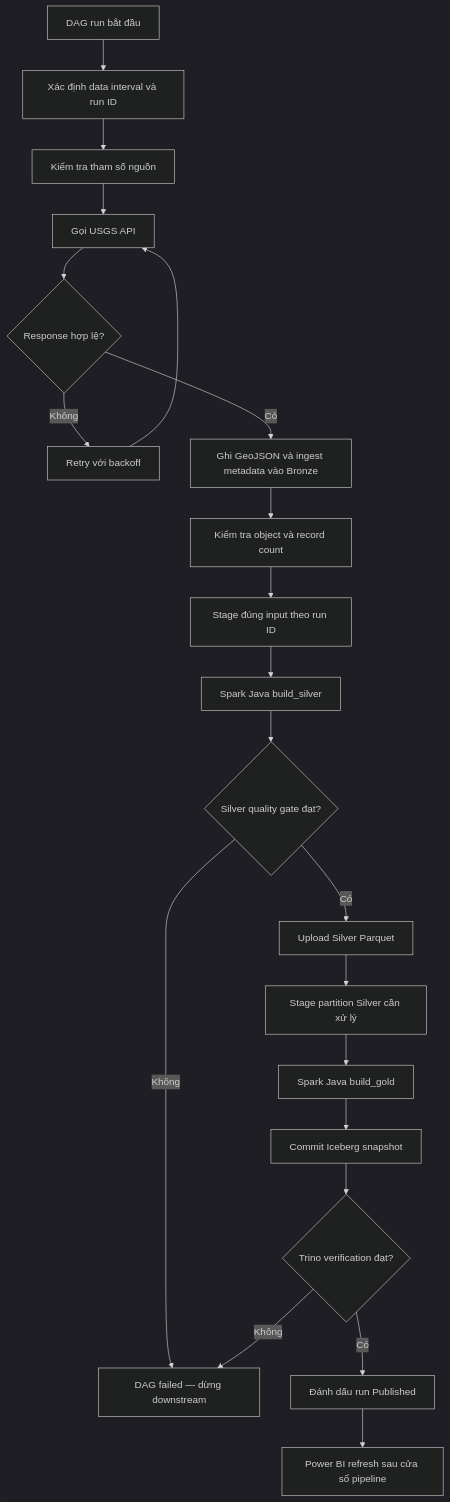
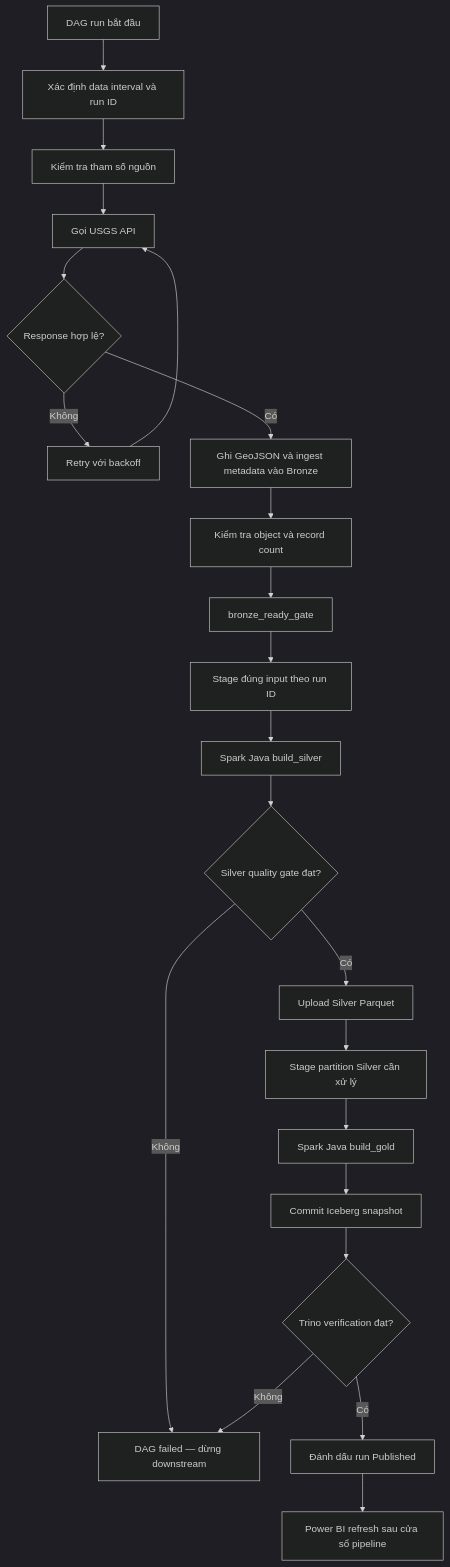
Before and after one commit to HoaiTam/japan-earthquake-etl: the first of 2 diagrams in docs/flows/DAILY_ETL_PIPELINE.md, drawn with Mermaid (dark theme). The commit also changed other lines of this file and 20 other files, not shown here.

````diff
--- a/docs/flows/DAILY_ETL_PIPELINE.md
+++ b/docs/flows/DAILY_ETL_PIPELINE.md
@@ -34,23 +34,24 @@
 ```mermaid
 flowchart TD
     START["DAG run bắt đầu"] --> RESOLVE["Xác định data interval và run ID"]
     RESOLVE --> CHECK_SOURCE["Kiểm tra tham số nguồn"]
     CHECK_SOURCE --> EXTRACT["Gọi USGS API"]
     EXTRACT --> VALIDATE_RESPONSE{"Response hợp lệ?"}
     VALIDATE_RESPONSE -- Không --> RETRY["Retry với backoff"]
     RETRY --> EXTRACT
     VALIDATE_RESPONSE -- Có --> WRITE_BRONZE["Ghi GeoJSON và ingest metadata vào Bronze"]
     WRITE_BRONZE --> VERIFY_BRONZE["Kiểm tra object và record count"]
-    VERIFY_BRONZE --> STAGE_BRONZE["Stage đúng input theo run ID"]
+    VERIFY_BRONZE --> GATE["bronze_ready_gate"]
+    GATE --> STAGE_BRONZE["Stage đúng input theo run ID"]
     STAGE_BRONZE --> BUILD_SILVER["Spark Java build_silver"]
     BUILD_SILVER --> CHECK_SILVER{"Silver quality gate đạt?"}
     CHECK_SILVER -- Không --> FAIL["DAG failed — dừng downstream"]
     CHECK_SILVER -- Có --> PUBLISH_SILVER["Upload Silver Parquet"]
     PUBLISH_SILVER --> STAGE_SILVER["Stage partition Silver cần xử lý"]
     STAGE_SILVER --> BUILD_GOLD["Spark Java build_gold"]
     BUILD_GOLD --> COMMIT["Commit Iceberg snapshot"]
     COMMIT --> VERIFY_GOLD{"Trino verification đạt?"}
     VERIFY_GOLD -- Không --> FAIL
     VERIFY_GOLD -- Có --> READY["Đánh dấu run Published"]
     READY --> REFRESH["Power BI refresh sau cửa sổ pipeline"]
 ```
````
